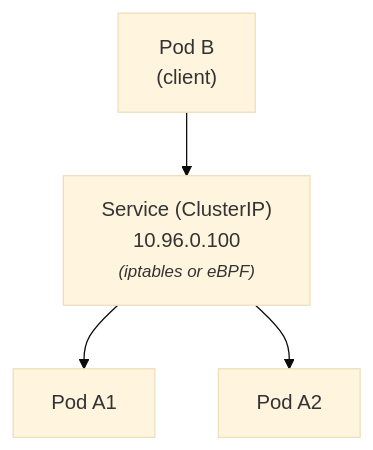
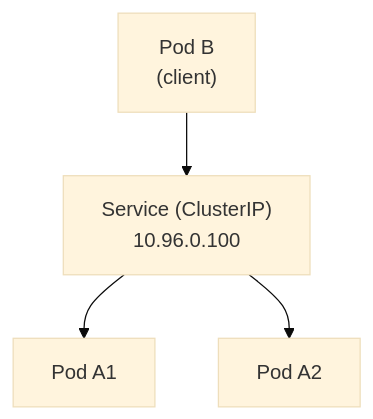
Before and after one commit to SRodi/srodi.github.io: the seventh of 15 diagrams in _posts/2025-03-17-kubecon.md, drawn with Mermaid (base theme). The commit also changed other lines of this file, not shown here.

Commit message:
kubecon diagram svc adjustment

````diff
--- a/_posts/2025-03-17-kubecon.md
+++ b/_posts/2025-03-17-kubecon.md
@@ -137,11 +137,11 @@
 ```mermaid
 graph TB
     Client["Pod B<br>(client)"]
-    Svc["Service (ClusterIP)<br>10.96.0.100<br><i><small>(iptables or eBPF)</small></i>"]
+    Svc["Service (ClusterIP)<br>10.96.0.100"]
     P1["Pod A1"]
     P2["Pod A2"]
 
     Client --> Svc
     Svc --> P1
     Svc --> P2
 ```
````
